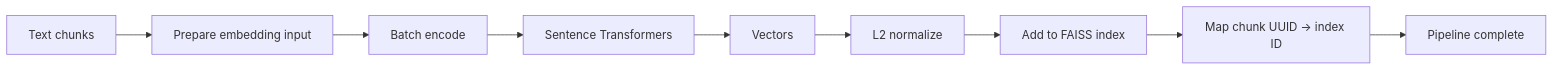
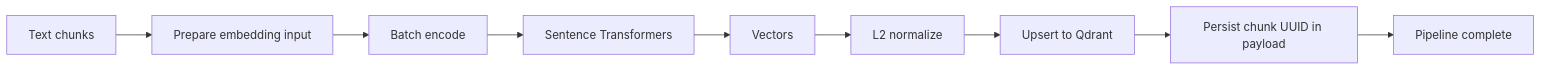
Before and after one commit to pratapVansh/TRACE: diagram 11 of 13 in docs/12_DOCUMENT_PIPELINE.md, drawn with Mermaid. The commit also changed other lines of this file and 60 other files, not shown here.

````diff
--- a/docs/12_DOCUMENT_PIPELINE.md
+++ b/docs/12_DOCUMENT_PIPELINE.md
@@ -441,11 +447,11 @@
 ```mermaid
 flowchart LR
     CHK["Text chunks"] --> PREP["Prepare embedding input"]
     PREP --> BATCH["Batch encode"]
     BATCH --> ST["Sentence Transformers"]
     ST --> VEC["Vectors"]
     VEC --> NORM["L2 normalize"]
-    NORM --> FAISS["Add to FAISS index"]
-    FAISS --> MAP["Map chunk UUID → index ID"]
+    NORM --> QDRANT["Upsert to Qdrant"]
+    QDRANT --> MAP["Persist chunk UUID in payload"]
     MAP --> DONE["Pipeline complete"]
 ```
````
